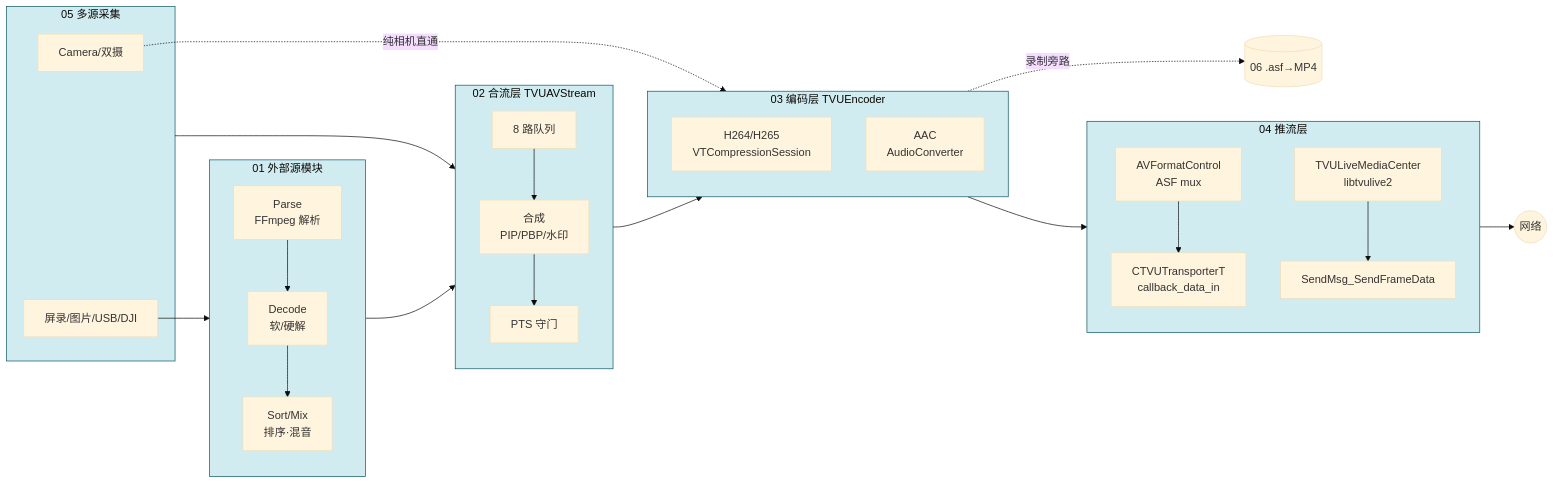
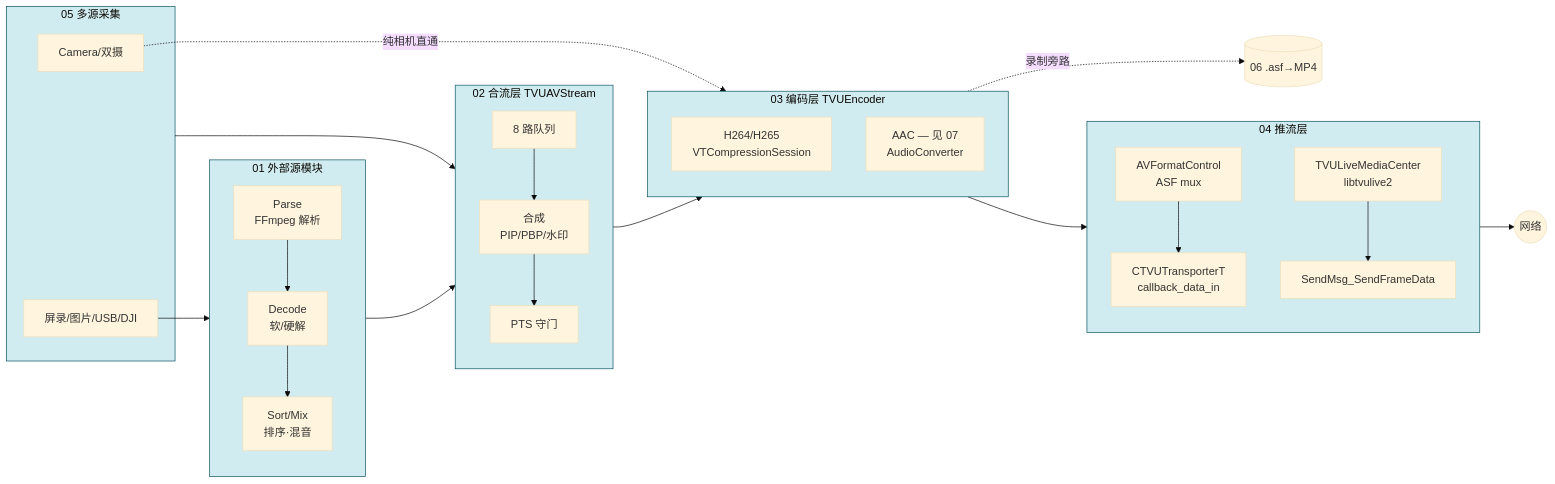
The diagram in Doc/调研/TVUExternalSource/README.md (xiaerfei/WorkLabs), drawn with Mermaid (base theme) before and after one commit. The commit also changed other lines of this file and 31 other files, not shown here.

Commit message:
添加逻辑图

````diff
--- a/Doc/调研/TVUExternalSource/README.md
+++ b/Doc/调研/TVUExternalSource/README.md
@@ -11,29 +13,29 @@
 ```mermaid
 flowchart LR
     subgraph M0["05 多源采集"]
         Cam[Camera/双摄] 
         SR[屏录/图片/USB/DJI]
     end
     subgraph M1["01 外部源模块"]
         P[Parse<br/>FFmpeg 解析] --> D[Decode<br/>软/硬解] --> S[Sort/Mix<br/>排序·混音]
     end
     subgraph M2["02 合流层 TVUAVStream"]
         Q[8 路队列] --> H[合成<br/>PIP/PBP/水印] --> G[PTS 守门]
     end
     subgraph M3["03 编码层 TVUEncoder"]
         V[H264/H265<br/>VTCompressionSession]
-        A[AAC<br/>AudioConverter]
+        A["AAC — 见 07<br/>AudioConverter"]
     end
     subgraph M4["04 推流层"]
         X[AVFormatControl<br/>ASF mux] --> T[CTVUTransporterT<br/>callback_data_in]
         Y[TVULiveMediaCenter<br/>libtvulive2] --> Z[SendMsg_SendFrameData]
     end
     SR --> M1
     M0 --> M2
     M1 --> M2 --> M3 --> M4 --> NET((网络))
     Cam -.纯相机直通.-> M3
     M3 -.录制旁路.-> REC[(06 .asf→MP4)]
 
     classDef m fill:#d1ecf1,stroke:#0c5460
     class M0,M1,M2,M3,M4 m
 ```
````
